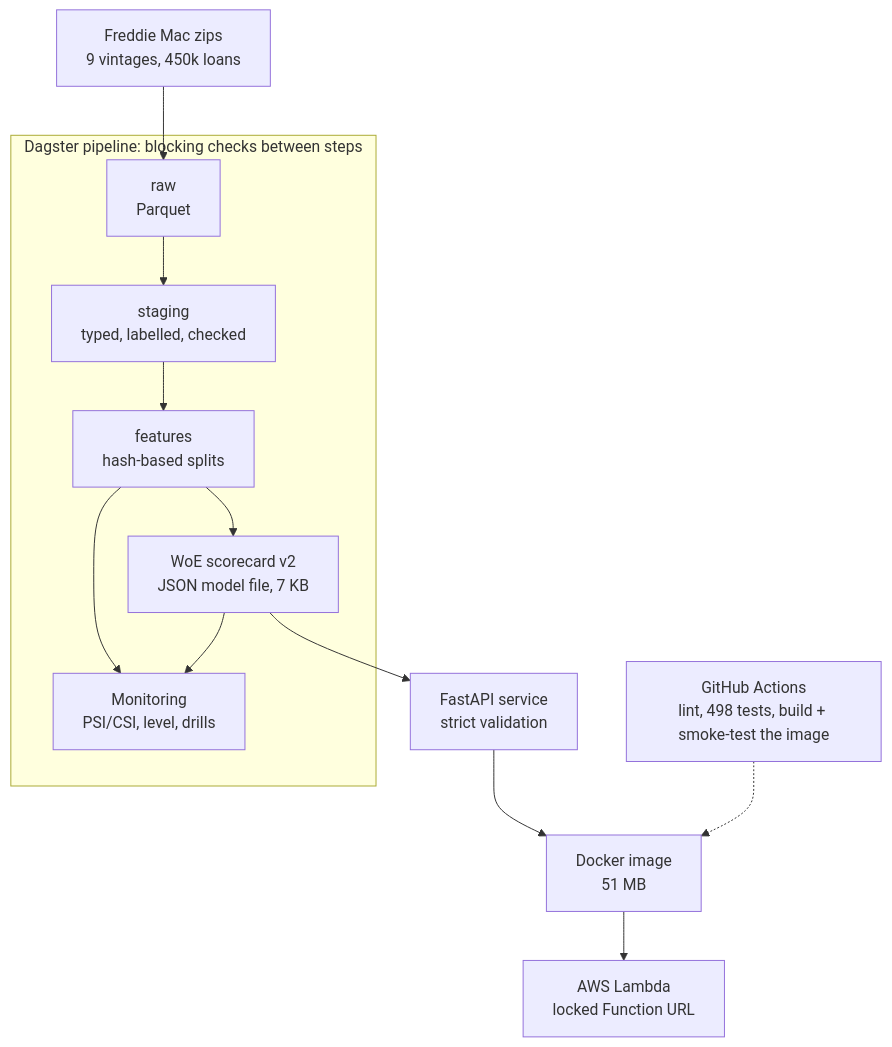
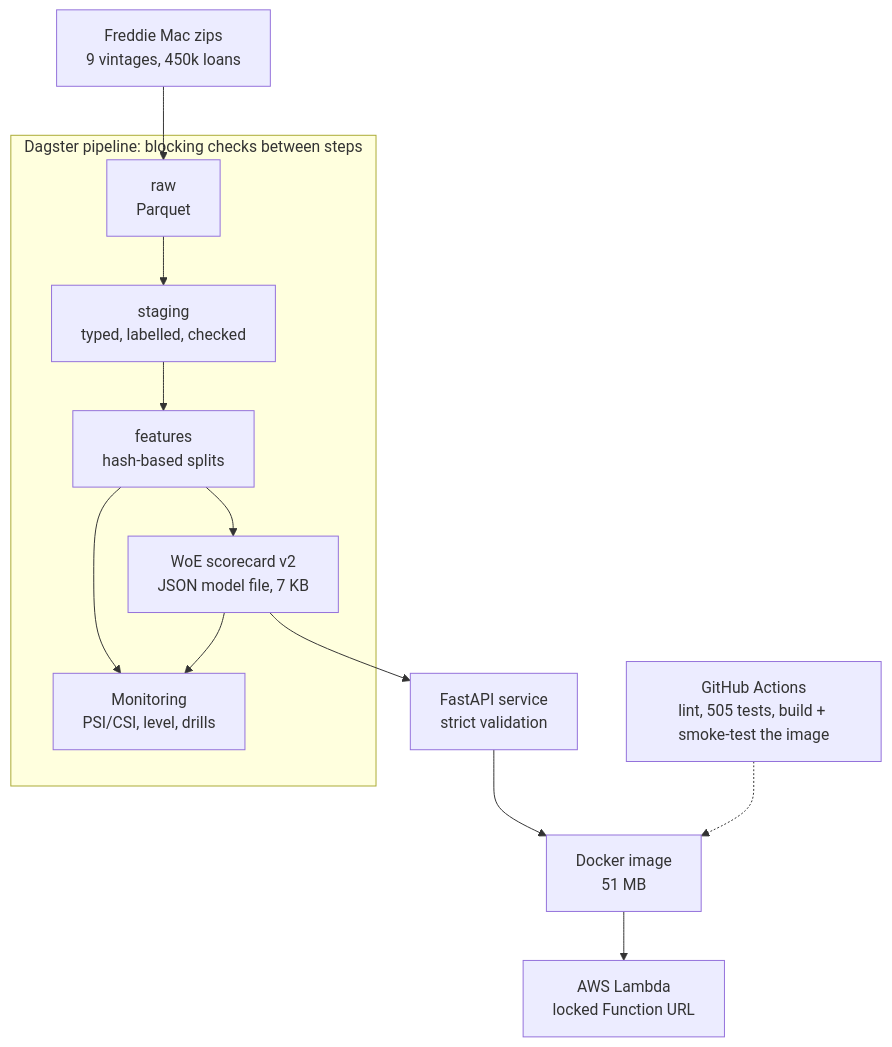
One commit to Aymannel04/credit-risk-platform changed the diagram in README.md. Above: the diagram before and after it, drawn with Mermaid. The commit also changed other lines of this file and 27 other files, not shown here.

````diff
--- a/README.md
+++ b/README.md
@@ -32,20 +32,20 @@
 ```mermaid
 flowchart TB
     Z["Freddie Mac zips<br/>9 vintages, 450k loans"] --> R["raw<br/>Parquet"]
     R --> S["staging<br/>typed, labelled, checked"]
     S --> F["features<br/>hash-based splits"]
     F --> M["WoE scorecard v2<br/>JSON model file, 7 KB"]
     M --> API["FastAPI service<br/>strict validation"]
     API --> IMG["Docker image<br/>51 MB"]
     IMG --> L["AWS Lambda<br/>locked Function URL"]
     F --> MON["Monitoring<br/>PSI/CSI, level, drills"]
     M --> MON
     subgraph D["Dagster pipeline: blocking checks between steps"]
       R
       S
       F
       M
       MON
     end
-    CI["GitHub Actions<br/>lint, 498 tests, build + smoke-test the image"] -.-> IMG
+    CI["GitHub Actions<br/>lint, 505 tests, build + smoke-test the image"] -.-> IMG
 ```
````
